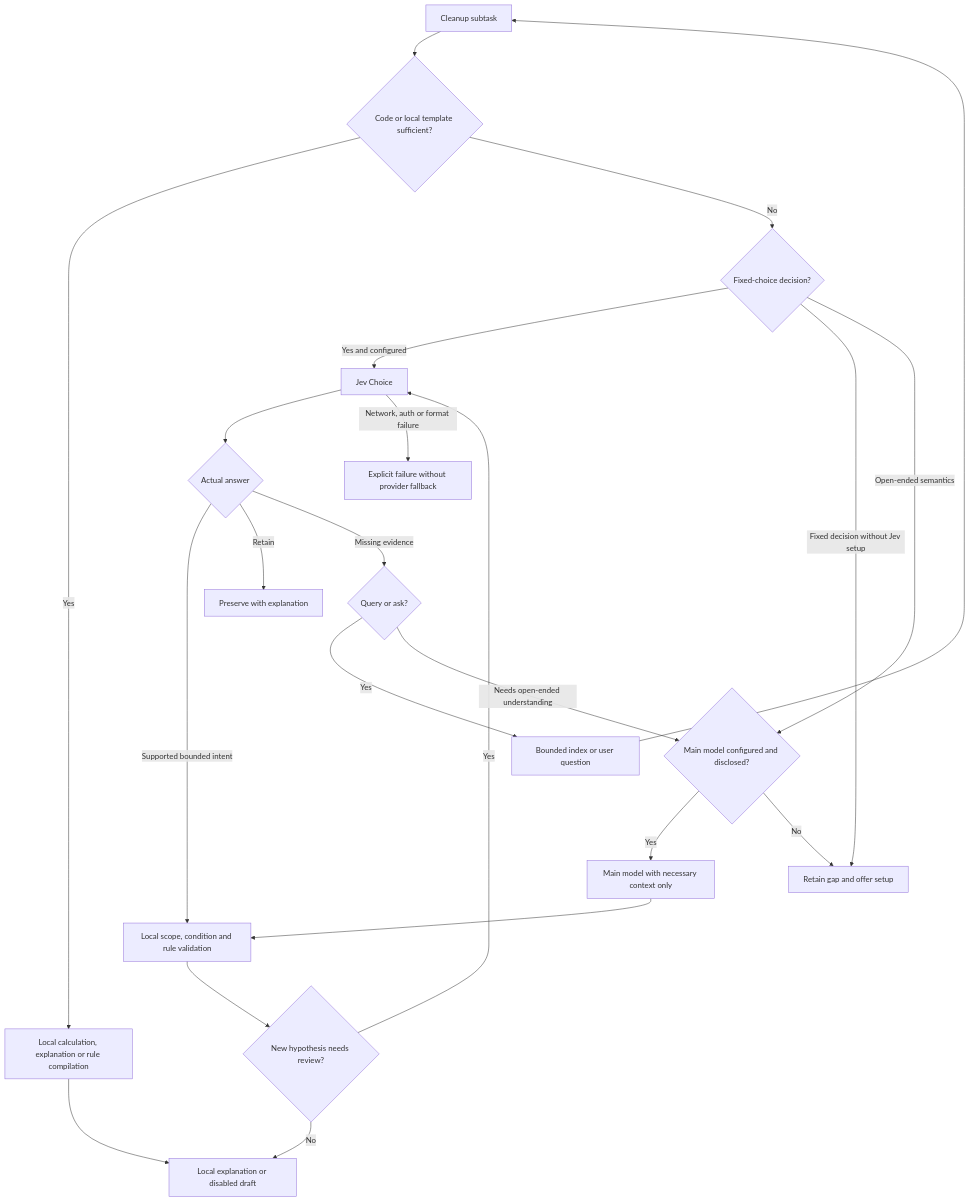
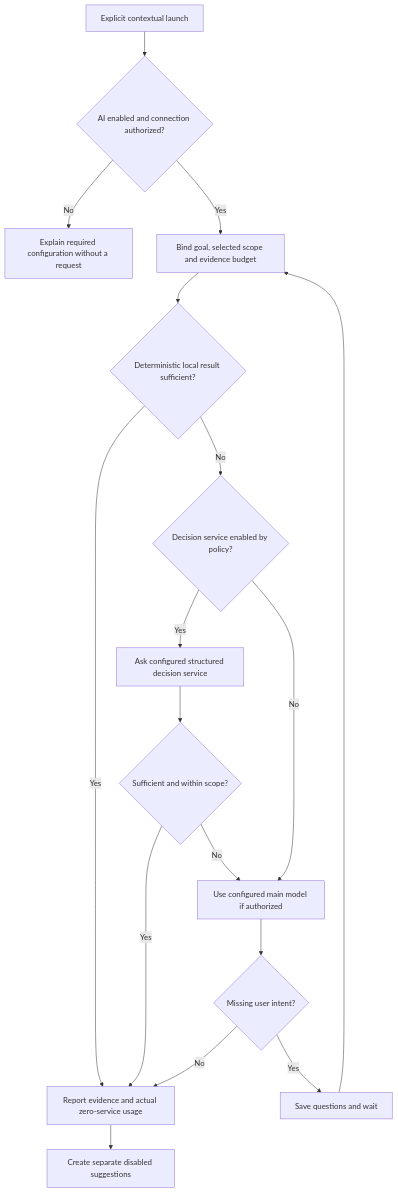
The second of 4 diagrams in docs/architecture/embedded-ai.md (limecloud/shou), drawn with Mermaid before and after one commit. The commit also changed other lines of this file and 312 other files, not shown here.

````diff
--- a/docs/architecture/embedded-ai.md
+++ b/docs/architecture/embedded-ai.md
@@ -45,24 +31,19 @@
 ```mermaid
-flowchart TB
-    Task[Cleanup subtask] --> Deterministic{Code or local template sufficient?}
-    Deterministic -->|Yes| Core[Local calculation, explanation or rule compilation]
-    Deterministic -->|No| Type{Fixed-choice decision?}
-    Type -->|Yes and configured| Jev[Jev Choice]
-    Type -->|Fixed decision without Jev setup| Gap[Retain gap and offer setup]
-    Jev --> Outcome{Actual answer}
-    Outcome -->|Supported bounded intent| Validate[Local scope, condition and rule validation]
-    Outcome -->|Retain| Retain[Preserve with explanation]
-    Outcome -->|Missing evidence| Evidence{Query or ask?}
-    Evidence -->|Yes| Gather[Bounded index or user question]
-    Gather --> Task
-    Evidence -->|Needs open-ended understanding| Escalate{Main model configured and disclosed?}
-    Type -->|Open-ended semantics| Escalate
-    Escalate -->|Yes| Main[Main model with necessary context only]
-    Escalate -->|No| Gap
-    Main --> Validate
-    Validate --> Review{New hypothesis needs review?}
-    Review -->|Yes| Jev
-    Review -->|No| Result[Local explanation or disabled draft]
-    Core --> Result
-    Jev -->|Network, auth or format failure| Failed[Explicit failure without provider fallback]
+flowchart TD
+    Entry[Explicit contextual launch] --> Gate{AI enabled and connection authorized?}
+    Gate -->|No| Settings[Explain required configuration without a request]
+    Gate -->|Yes| Scope[Bind goal, selected scope and evidence budget]
+    Scope --> Local{Deterministic local result sufficient?}
+    Local -->|Yes| Result[Report evidence and actual zero-service usage]
+    Local -->|No| Policy{Decision service enabled by policy?}
+    Policy -->|Yes| Decision[Ask configured structured decision service]
+    Decision --> Sufficient{Sufficient and within scope?}
+    Sufficient -->|Yes| Result
+    Sufficient -->|No| Main[Use configured main model if authorized]
+    Policy -->|No| Main
+    Main --> Missing{Missing user intent?}
+    Missing -->|Yes| Questions[Save questions and wait]
+    Questions --> Scope
+    Missing -->|No| Result
+    Result --> Draft[Create separate disabled suggestions]
 ```
````
